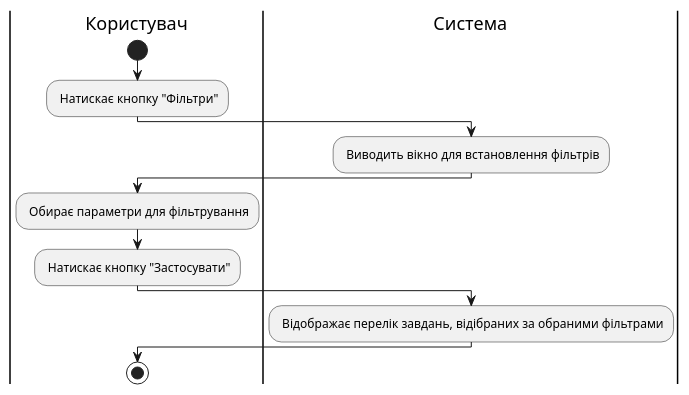
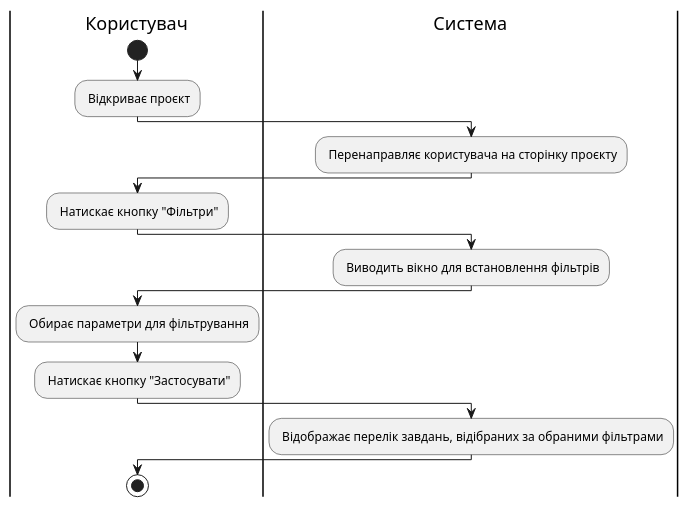
The sixth of 6 diagrams in docs/use cases/README.md (samoilenkomariia/db-coursework), drawn with PlantUML before and after one commit. The commit also changed other lines of this file, not shown here.

Commit message:
Update use cases diagrams

```diff
--- a/docs/use cases/README.md
+++ b/docs/use cases/README.md
@@ -326,19 +370,25 @@
 @startuml
 
     |Користувач|
     start;
+    : Відкриває проєкт;
+    
+    |Система|
+    : Перенаправляє користувача на сторінку проєкту;
+    
+    |Користувач|
     : Натискає кнопку "Фільтри";
 
     |Система|
     : Виводить вікно для встановлення фільтрів;
 
     |Користувач|
     : Обирає параметри для фільтрування;
     : Натискає кнопку "Застосувати";
     
     |Система|
     : Відображає перелік завдань, відібраних за обраними фільтрами;
 
     |Користувач|
         stop;
 @enduml
```
